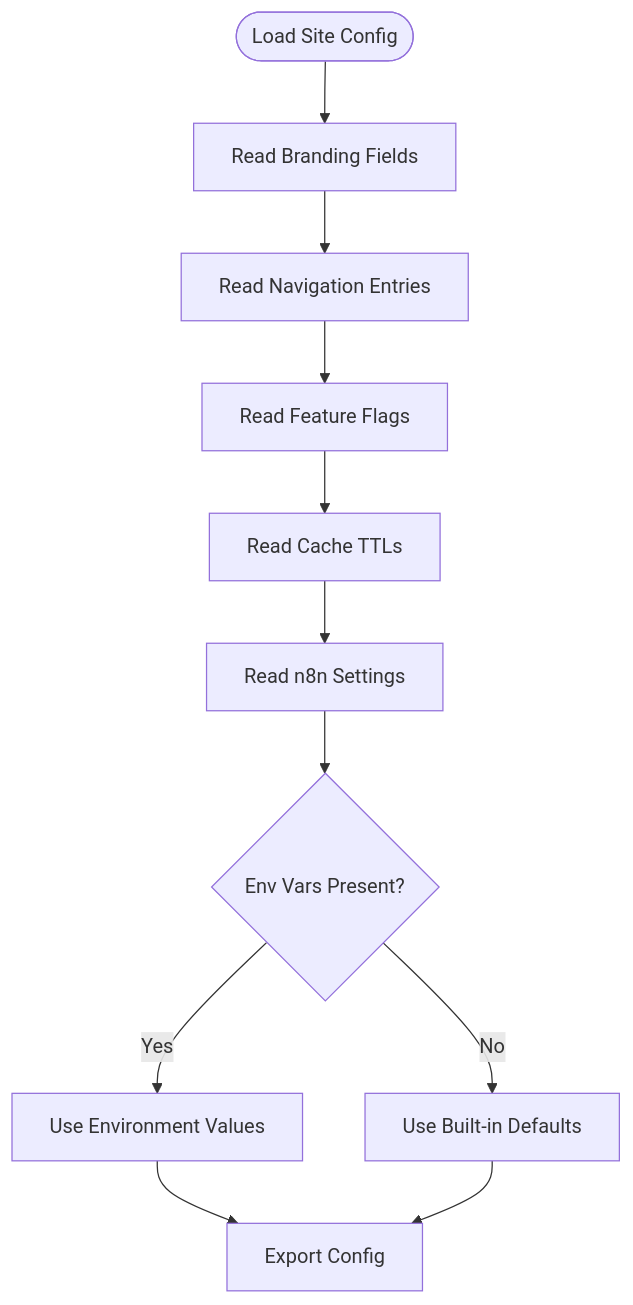
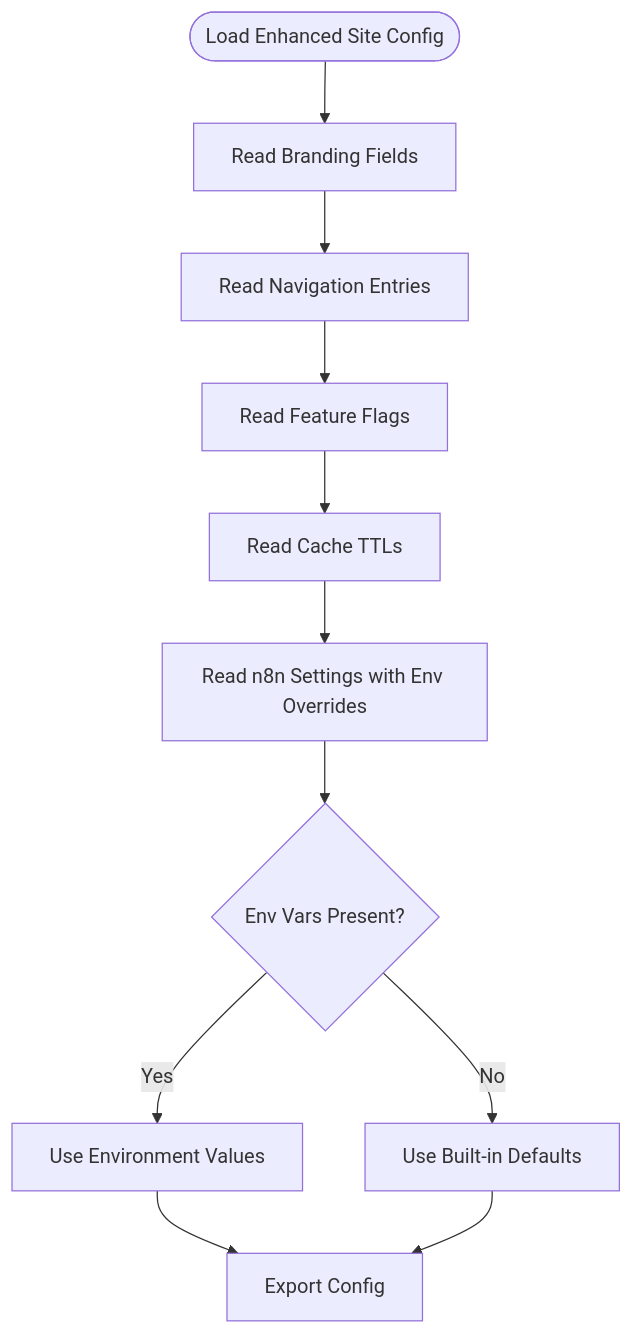
The third of 7 diagrams in .qoder/repowiki/en/content/Configuration and Environment.md (cacamarica/dashboard-ai), drawn with Mermaid before and after one commit. The commit also changed other lines of this file and 14 other files, not shown here.

````diff
--- a/.qoder/repowiki/en/content/Configuration and Environment.md
+++ b/.qoder/repowiki/en/content/Configuration and Environment.md
@@ -147,13 +171,13 @@
 ```mermaid
 flowchart TD
-Start(["Load Site Config"]) --> Brand["Read Branding Fields"]
+Start(["Load Enhanced Site Config"]) --> Brand["Read Branding Fields"]
 Brand --> Nav["Read Navigation Entries"]
 Nav --> Features["Read Feature Flags"]
 Features --> Cache["Read Cache TTLs"]
-Cache --> N8N["Read n8n Settings"]
+Cache --> N8N["Read n8n Settings with Env Overrides"]
 N8N --> Defaults{"Env Vars Present?"}
 Defaults --> |Yes| UseEnv["Use Environment Values"]
 Defaults --> |No| UseDefaults["Use Built-in Defaults"]
 UseEnv --> Export["Export Config"]
 UseDefaults --> Export
 ```
````
